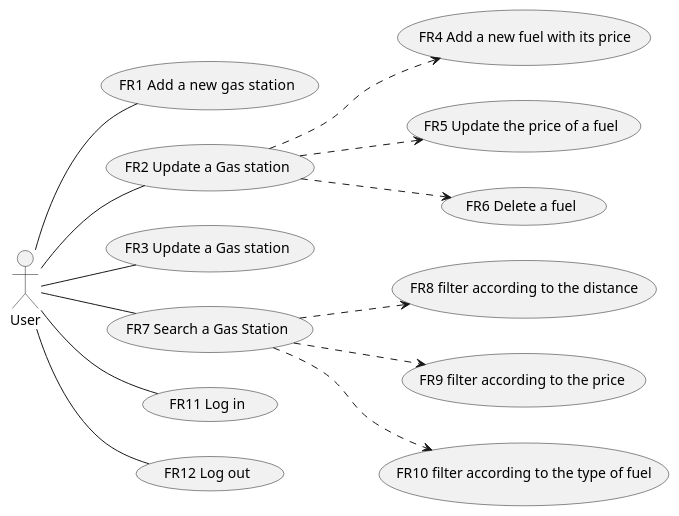
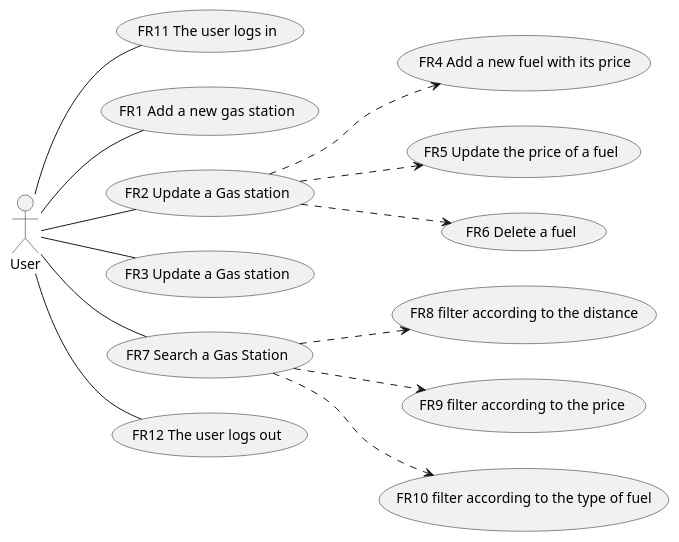
The second of 3 diagrams in REQ_s276535.md (SoftengPoliTo/Lab2), drawn with PlantUML before and after one commit. The commit also changed other lines of this file, not shown here.

````diff
--- a/REQ_s276535.md
+++ b/REQ_s276535.md
@@ -117,20 +125,22 @@
 ```plantuml
 left to right direction
 actor User as a
+a-- (FR11 The user logs in)
+
 a -- (FR1  Add a new gas station) 
 
 a -- (FR2 Update a Gas station)
 a -- (FR3 Update a Gas station)
 
 (FR2 Update a Gas station) .-> ( FR4 Add a new fuel with its price)
 (FR2 Update a Gas station) .-> (FR5 Update the price of a fuel)
 (FR2 Update a Gas station) .-> (FR6 Delete a fuel)
 
 a -- (FR7 Search a Gas Station)
 (FR7 Search a Gas Station) .->(FR8 filter according to the distance)
 (FR7 Search a Gas Station) .->(FR9 filter according to the price)
 (FR7 Search a Gas Station) .->(FR10 filter according to the type of fuel)
 
-a -- (FR11 Log in)
-a -- (FR12 Log out)
+a-- (FR12 The user logs out)
+
 ```
````
